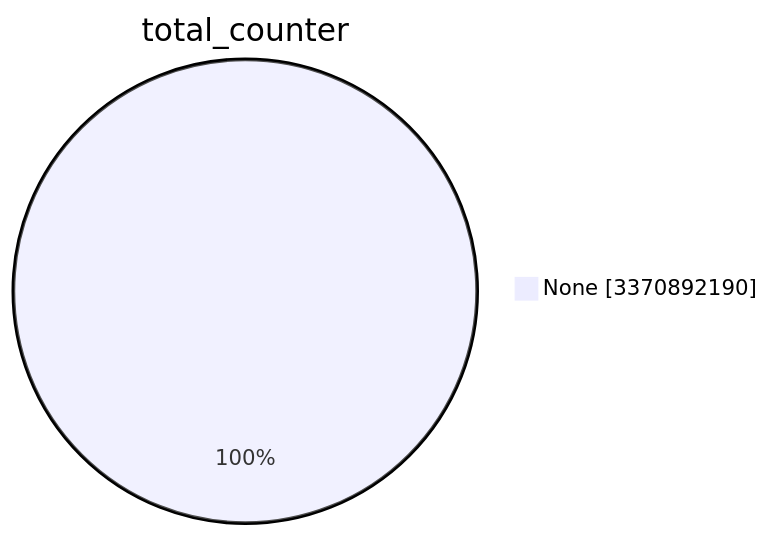
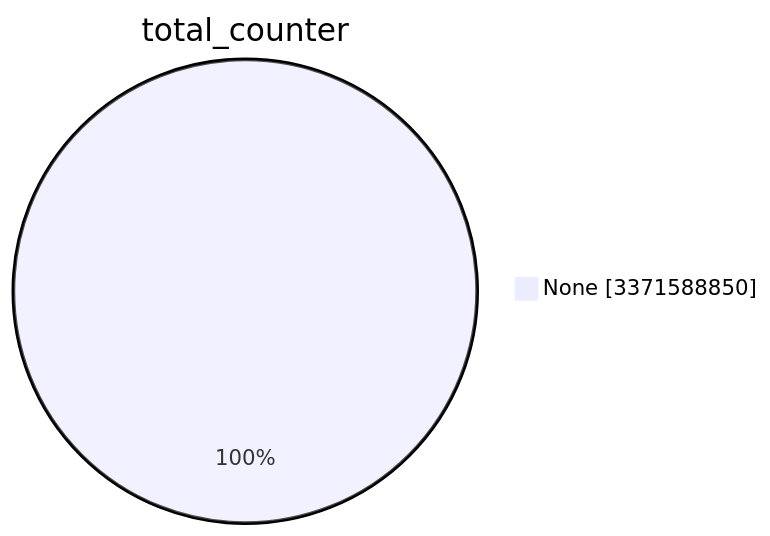
One commit to christiankrug/ctmonitor_visualization changed the first of 15 diagrams in TOTAL/README.md. Above: the diagram before and after it, drawn with Mermaid. The commit also changed other lines of this file, not shown here.

````diff
--- a/TOTAL/README.md
+++ b/TOTAL/README.md
@@ -1,5 +1,5 @@
 ```mermaid
 pie showData
 title total_counter
-"None" :3370892190
+"None" :3371588850
 ```
````
